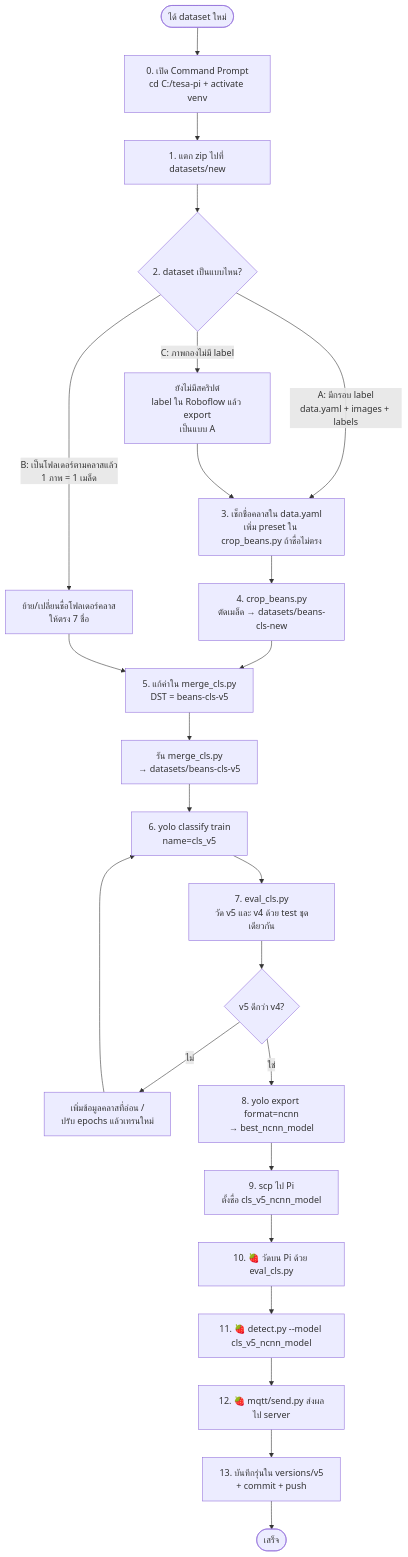
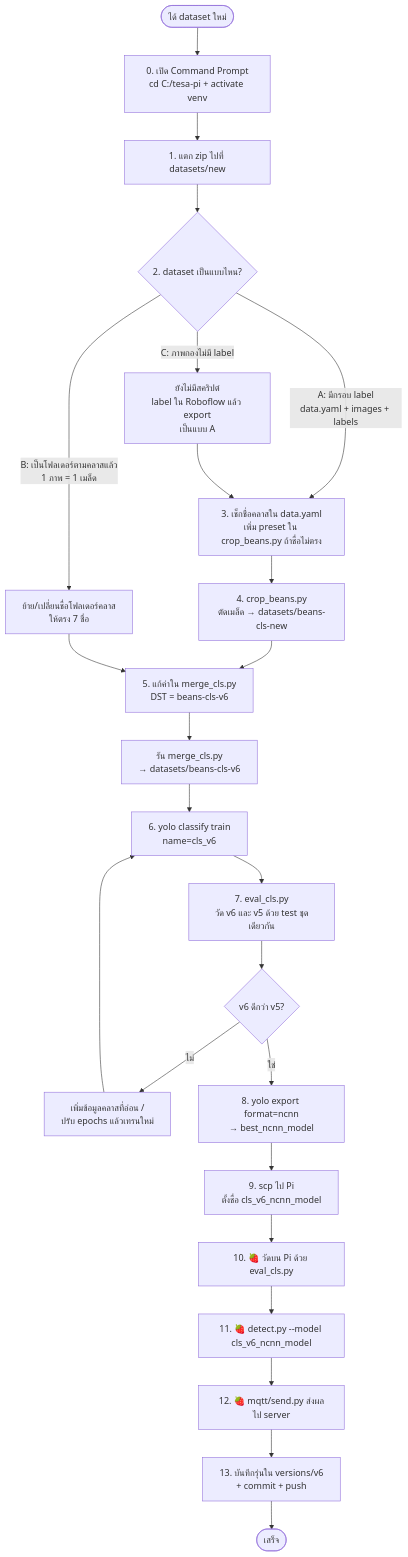
Before and after one commit to MrTanapatNgamwong/tesa-bean-grader: the diagram in docs/TRAINING_FLOW.md, drawn with Mermaid. The commit also changed other lines of this file and 20 other files, not shown here.

````diff
--- a/docs/TRAINING_FLOW.md
+++ b/docs/TRAINING_FLOW.md
@@ -13,28 +13,28 @@
 ```mermaid
 flowchart TD
     A([ได้ dataset ใหม่]) --> B[0. เปิด Command Prompt<br/>cd C:/tesa-pi + activate venv]
     B --> C[1. แตก zip ไปที่ datasets/new]
     C --> D{2. dataset เป็นแบบไหน?}
 
     D -->|A: มีกรอบ label<br/>data.yaml + images + labels| E[3. เช็กชื่อคลาสใน data.yaml<br/>เพิ่ม preset ใน crop_beans.py ถ้าชื่อไม่ตรง]
     E --> F[4. crop_beans.py<br/>ตัดเมล็ด → datasets/beans-cls-new]
     D -->|B: เป็นโฟลเดอร์ตามคลาสแล้ว<br/>1 ภาพ = 1 เมล็ด| G[ย้าย/เปลี่ยนชื่อโฟลเดอร์คลาส<br/>ให้ตรง 7 ชื่อ]
     D -->|C: ภาพกองไม่มี label| X[ยังไม่มีสคริปต์<br/>label ใน Roboflow แล้ว export<br/>เป็นแบบ A]
     X --> E
 
-    F --> H[5. แก้ค่าใน merge_cls.py<br/>DST = beans-cls-v5]
+    F --> H[5. แก้ค่าใน merge_cls.py<br/>DST = beans-cls-v6]
     G --> H
-    H --> I[รัน merge_cls.py<br/>→ datasets/beans-cls-v5]
-    I --> J[6. yolo classify train<br/>name=cls_v5]
-    J --> K[7. eval_cls.py<br/>วัด v5 และ v4 ด้วย test ชุดเดียวกัน]
-    K --> L{v5 ดีกว่า v4?}
+    H --> I[รัน merge_cls.py<br/>→ datasets/beans-cls-v6]
+    I --> J[6. yolo classify train<br/>name=cls_v6]
+    J --> K[7. eval_cls.py<br/>วัด v6 และ v5 ด้วย test ชุดเดียวกัน]
+    K --> L{v6 ดีกว่า v5?}
     L -->|ไม่| M[เพิ่มข้อมูลคลาสที่อ่อน /<br/>ปรับ epochs แล้วเทรนใหม่]
     M --> J
     L -->|ใช่| N[8. yolo export format=ncnn<br/>→ best_ncnn_model]
-    N --> O[9. scp ไป Pi<br/>ตั้งชื่อ cls_v5_ncnn_model]
+    N --> O[9. scp ไป Pi<br/>ตั้งชื่อ cls_v6_ncnn_model]
     O --> P[10. 🍓 วัดบน Pi ด้วย eval_cls.py]
-    P --> Q[11. 🍓 detect.py --model cls_v5_ncnn_model]
+    P --> Q[11. 🍓 detect.py --model cls_v6_ncnn_model]
     Q --> R[12. 🍓 mqtt/send.py ส่งผลไป server]
-    R --> S[13. บันทึกรุ่นใน versions/v5<br/>+ commit + push]
+    R --> S[13. บันทึกรุ่นใน versions/v6<br/>+ commit + push]
     S --> T([เสร็จ])
 ```
````
